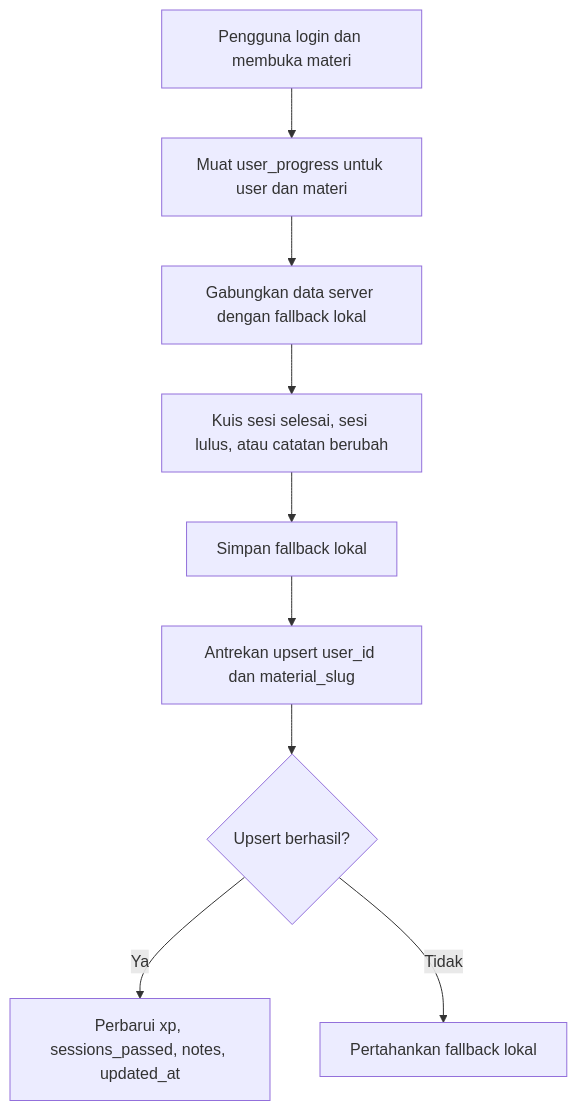
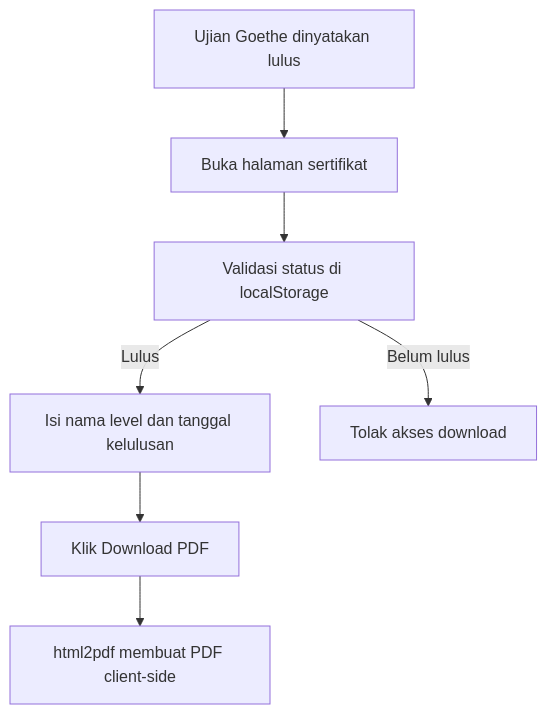
The ninth of 9 diagrams in FLOWCHART.md (nandayudhistirawibowo/NdUniverse), drawn with Mermaid before and after one commit. The commit also changed other lines of this file and 3 other files, not shown here.

````diff
--- a/FLOWCHART.md
+++ b/FLOWCHART.md
@@ -112,11 +171,9 @@
 ```mermaid
 flowchart TD
-    A[Pengguna login dan membuka materi] --> B[Muat user_progress untuk user dan materi]
-    B --> C[Gabungkan data server dengan fallback lokal]
-    C --> D[Kuis sesi selesai, sesi lulus, atau catatan berubah]
-    D --> E[Simpan fallback lokal]
-    E --> F[Antrekan upsert user_id dan material_slug]
-    F --> G{Upsert berhasil?}
-    G -->|Ya| H[Perbarui xp, sessions_passed, notes, updated_at]
-    G -->|Tidak| I[Pertahankan fallback lokal]
+    A[Ujian Goethe dinyatakan lulus] --> B[Buka halaman sertifikat]
+    B --> C[Validasi status di localStorage]
+    C -->|Lulus| D[Isi nama level dan tanggal kelulusan]
+    D --> E[Klik Download PDF]
+    E --> F[html2pdf membuat PDF client-side]
+    C -->|Belum lulus| G[Tolak akses download]
 ```
````
